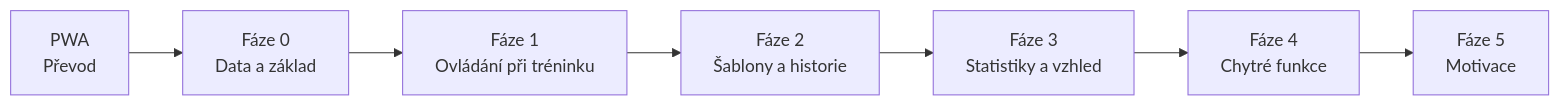
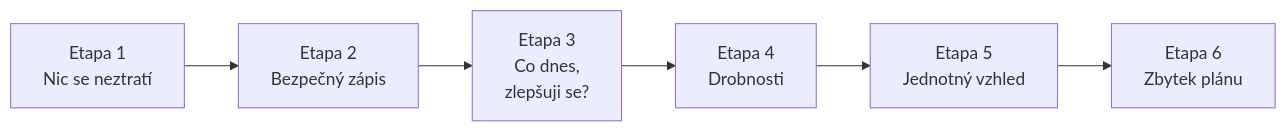
One commit to dt-appdev/workout-denik changed the diagram in docs/plan-vyvoje.md. Above: the diagram before and after it, drawn with Mermaid. The commit also changed other lines of this file and 3 other files, not shown here.

````diff
--- a/docs/plan-vyvoje.md
+++ b/docs/plan-vyvoje.md
@@ -46,9 +52,8 @@
 ```mermaid
 flowchart LR
-  P[PWA<br/>Převod] --> F0[Fáze 0<br/>Data a základ]
-  F0 --> F1[Fáze 1<br/>Ovládání při tréninku]
-  F1 --> F2[Fáze 2<br/>Šablony a historie]
-  F2 --> F3[Fáze 3<br/>Statistiky a vzhled]
-  F3 --> F4[Fáze 4<br/>Chytré funkce]
-  F4 --> F5[Fáze 5<br/>Motivace]
+  E1[Etapa 1<br/>Nic se neztratí] --> E2[Etapa 2<br/>Bezpečný zápis]
+  E2 --> E3[Etapa 3<br/>Co dnes,<br/>zlepšuji se?]
+  E3 --> E4[Etapa 4<br/>Drobnosti]
+  E4 --> E5[Etapa 5<br/>Jednotný vzhled]
+  E5 --> E6[Etapa 6<br/>Zbytek plánu]
 ```
````
